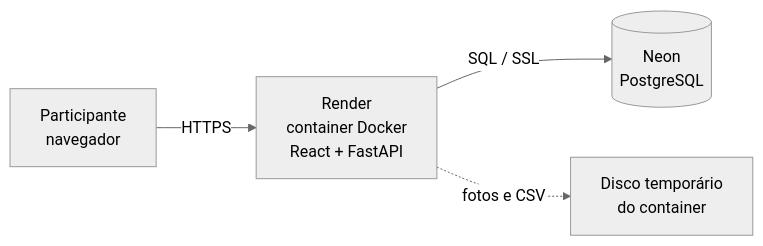
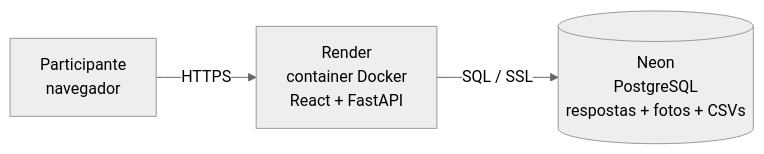
One commit to DaviMeiraV/Tcc-projeto changed the diagram in docs/DEPLOY.md. Above: the diagram before and after it, drawn with Mermaid (neutral theme). The commit also changed other lines of this file and 12 other files, not shown here.

First line of the commit message:
Guarda fotos e CSVs no banco para não perdê-los no Render

````diff
--- a/docs/DEPLOY.md
+++ b/docs/DEPLOY.md
@@ -10,6 +12,5 @@
 ```mermaid
 flowchart LR
     U[Participante<br/>navegador] -->|HTTPS| R[Render<br/>container Docker<br/>React + FastAPI]
-    R -->|SQL / SSL| N[(Neon<br/>PostgreSQL)]
-    R -.->|fotos e CSV| D[Disco temporário<br/>do container]
+    R -->|SQL / SSL| N[(Neon<br/>PostgreSQL<br/>respostas + fotos + CSVs)]
 ```
````
